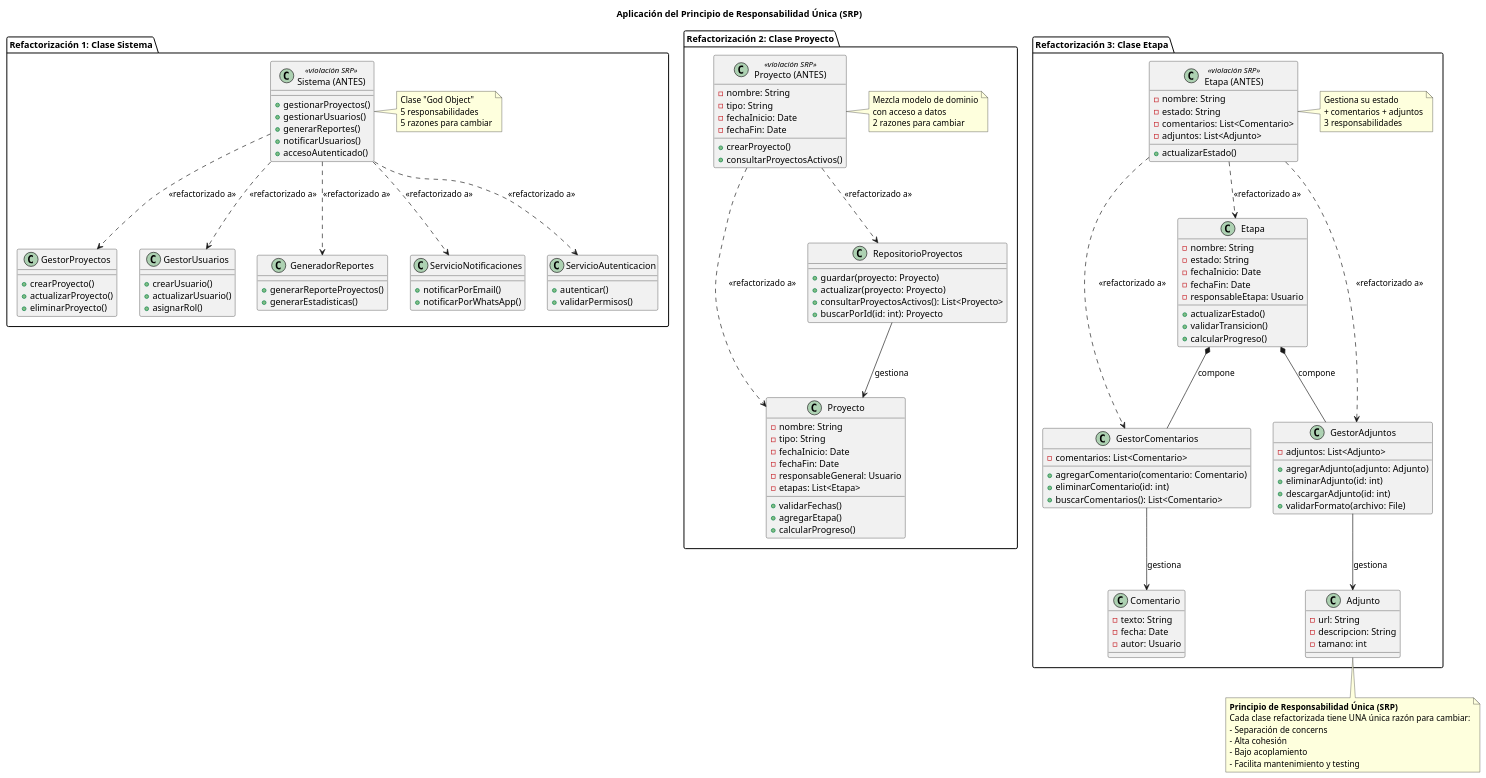
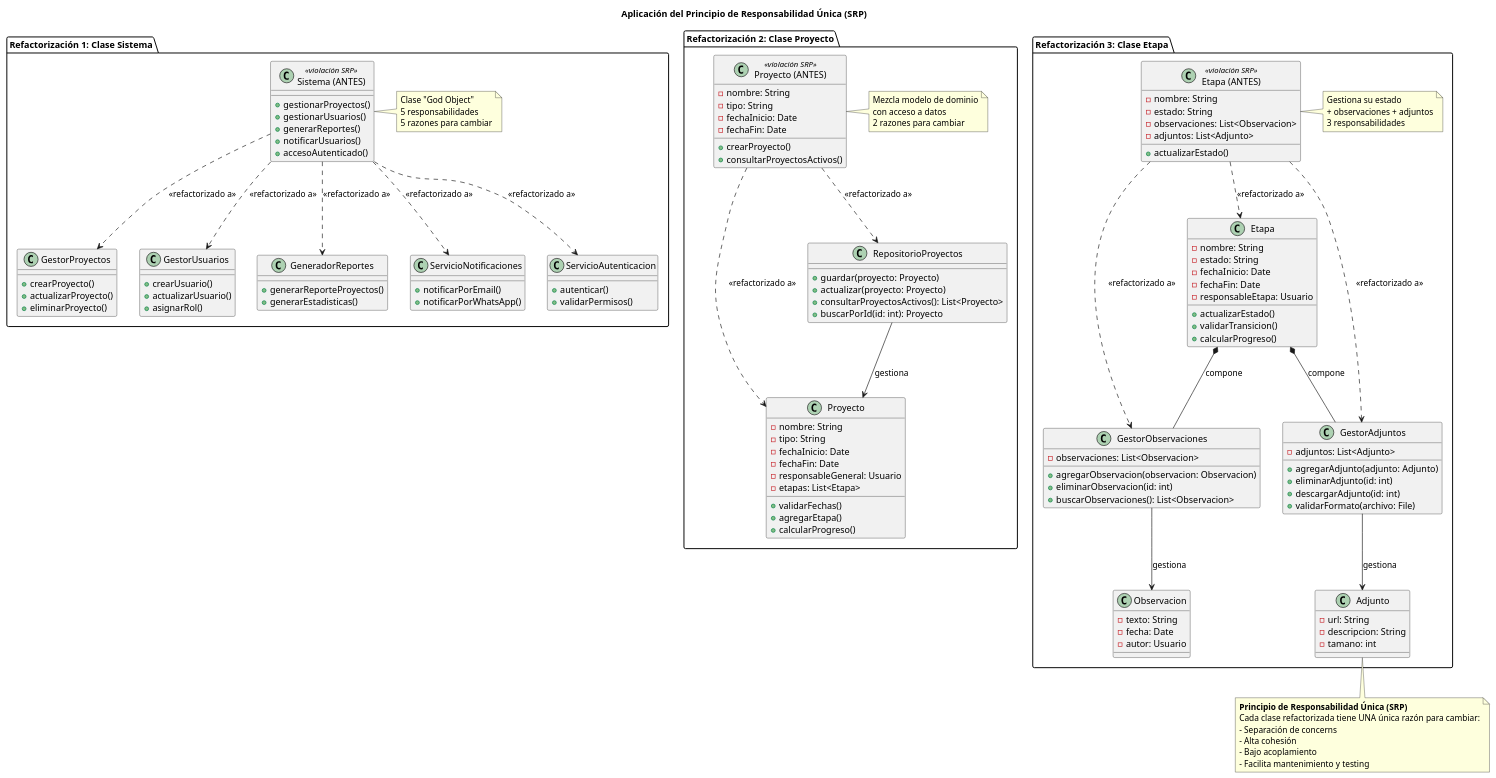
Before and after one commit to 9919-Mili/SistemaProductoraVideos: the diagram in diagramas/01-diagrama-clases/01-solid-01-srp.puml, drawn with PlantUML. The commit also changed 22 other files, not shown here.

```diff
--- a/diagramas/01-diagrama-clases/01-solid-01-srp.puml
+++ b/diagramas/01-diagrama-clases/01-solid-01-srp.puml
@@ -1,170 +1,170 @@
 @startuml 01-solid-01-srp
 
 title Aplicación del Principio de Responsabilidad Única (SRP)
 
 package "Refactorización 1: Clase Sistema" {
   
   class "Sistema (ANTES)" as SistemaAntes <<violación SRP>> {
     + gestionarProyectos()
     + gestionarUsuarios()
     + generarReportes()
     + notificarUsuarios()
     + accesoAutenticado()
   }
   
   note right of SistemaAntes
     Clase "God Object"
     5 responsabilidades
     5 razones para cambiar
   end note
   
   class GestorProyectos {
     + crearProyecto()
     + actualizarProyecto()
     + eliminarProyecto()
   }
   
   class GestorUsuarios {
     + crearUsuario()
     + actualizarUsuario()
     + asignarRol()
   }
   
   class GeneradorReportes {
     + generarReporteProyectos()
     + generarEstadisticas()
   }
   
   class ServicioNotificaciones {
     + notificarPorEmail()
     + notificarPorWhatsApp()
   }
   
   class ServicioAutenticacion {
     + autenticar()
     + validarPermisos()
   }
   
   SistemaAntes .down.> GestorProyectos : <<refactorizado a>>
   SistemaAntes .down.> GestorUsuarios : <<refactorizado a>>
   SistemaAntes .down.> GeneradorReportes : <<refactorizado a>>
   SistemaAntes .down.> ServicioNotificaciones : <<refactorizado a>>
   SistemaAntes .down.> ServicioAutenticacion : <<refactorizado a>>
 }
 
 package "Refactorización 2: Clase Proyecto" {
   
   class "Proyecto (ANTES)" as ProyectoAntes <<violación SRP>> {
     - nombre: String
     - tipo: String
     - fechaInicio: Date
     - fechaFin: Date
     + crearProyecto()
     + consultarProyectosActivos()
   }
   
   note right of ProyectoAntes
     Mezcla modelo de dominio
     con acceso a datos
     2 razones para cambiar
   end note
   
   class Proyecto {
     - nombre: String
     - tipo: String
     - fechaInicio: Date
     - fechaFin: Date
     - responsableGeneral: Usuario
     - etapas: List<Etapa>
     + validarFechas()
     + agregarEtapa()
     + calcularProgreso()
   }
   
   class RepositorioProyectos {
     + guardar(proyecto: Proyecto)
     + actualizar(proyecto: Proyecto)
     + consultarProyectosActivos(): List<Proyecto>
     + buscarPorId(id: int): Proyecto
   }
   
   ProyectoAntes .down.> Proyecto : <<refactorizado a>>
   ProyectoAntes .down.> RepositorioProyectos : <<refactorizado a>>
   
   RepositorioProyectos --> Proyecto : gestiona
 }
 
 package "Refactorización 3: Clase Etapa" {
   
   class "Etapa (ANTES)" as EtapaAntes <<violación SRP>> {
     - nombre: String
     - estado: String
-    - comentarios: List<Comentario>
+    - observaciones: List<Observacion>
     - adjuntos: List<Adjunto>
     + actualizarEstado()
   }
   
   note right of EtapaAntes
     Gestiona su estado
-    + comentarios + adjuntos
+    + observaciones + adjuntos
     3 responsabilidades
   end note
   
   class Etapa {
     - nombre: String
     - estado: String
     - fechaInicio: Date
     - fechaFin: Date
     - responsableEtapa: Usuario
     + actualizarEstado()
     + validarTransicion()
     + calcularProgreso()
   }
   
-  class GestorComentarios {
-    - comentarios: List<Comentario>
-    + agregarComentario(comentario: Comentario)
-    + eliminarComentario(id: int)
-    + buscarComentarios(): List<Comentario>
+  class GestorObservaciones {
+    - observaciones: List<Observacion>
+    + agregarObservacion(observacion: Observacion)
+    + eliminarObservacion(id: int)
+    + buscarObservaciones(): List<Observacion>
   }
   
   class GestorAdjuntos {
     - adjuntos: List<Adjunto>
     + agregarAdjunto(adjunto: Adjunto)
     + eliminarAdjunto(id: int)
     + descargarAdjunto(id: int)
     + validarFormato(archivo: File)
   }
   
-  class Comentario {
+  class Observacion {
     - texto: String
     - fecha: Date
     - autor: Usuario
   }
   
   class Adjunto {
     - url: String
     - descripcion: String
     - tamano: int
   }
   
   EtapaAntes .down.> Etapa : <<refactorizado a>>
-  EtapaAntes .down.> GestorComentarios : <<refactorizado a>>
+  EtapaAntes .down.> GestorObservaciones : <<refactorizado a>>
   EtapaAntes .down.> GestorAdjuntos : <<refactorizado a>>
   
-  Etapa *-- GestorComentarios : compone
+  Etapa *-- GestorObservaciones : compone
   Etapa *-- GestorAdjuntos : compone
-  GestorComentarios --> Comentario : gestiona
+  GestorObservaciones --> Observacion : gestiona
   GestorAdjuntos --> Adjunto : gestiona
 }
 
 note bottom
   **Principio de Responsabilidad Única (SRP)**
   Cada clase refactorizada tiene UNA única razón para cambiar:
   - Separación de concerns
   - Alta cohesión
   - Bajo acoplamiento
   - Facilita mantenimiento y testing
 end note
 
 @enduml
```
